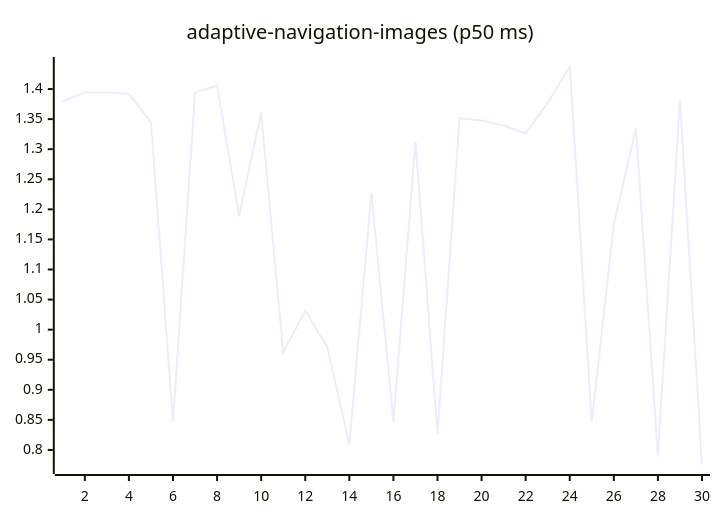
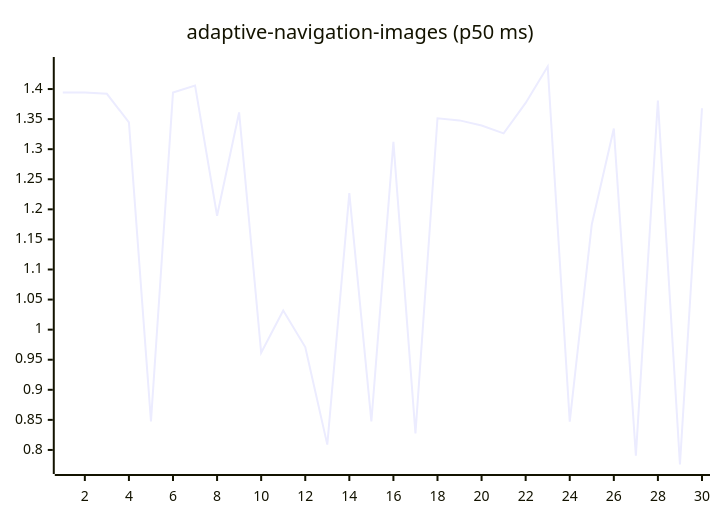
Before and after one commit to josha/Facet: the first of 27 diagrams in README.md, drawn with Mermaid. The commit also changed other lines of this file and 2 other files, not shown here.

````diff
--- a/README.md
+++ b/README.md
@@ -63,6 +63,6 @@
 ```mermaid
 xychart-beta
     title "adaptive-navigation-images (p50 ms)"
     x-axis 1 --> 30
-    line [1.3793, 1.3944, 1.3942, 1.3921, 1.3447, 0.8475, 1.3944, 1.4060, 1.1893, 1.3612, 0.9615, 1.0317, 0.9711, 0.8088, 1.2271, 0.8473, 1.3121, 0.8274, 1.3515, 1.3479, 1.3395, 1.3263, 1.3769, 1.4375, 0.8471, 1.1748, 1.3343, 0.7905, 1.3810, 0.7758]
+    line [1.3944, 1.3942, 1.3921, 1.3447, 0.8475, 1.3944, 1.4060, 1.1893, 1.3612, 0.9615, 1.0317, 0.9711, 0.8088, 1.2271, 0.8473, 1.3121, 0.8274, 1.3515, 1.3479, 1.3395, 1.3263, 1.3769, 1.4375, 0.8471, 1.1748, 1.3343, 0.7905, 1.3810, 0.7758, 1.3680]
 ```
````
